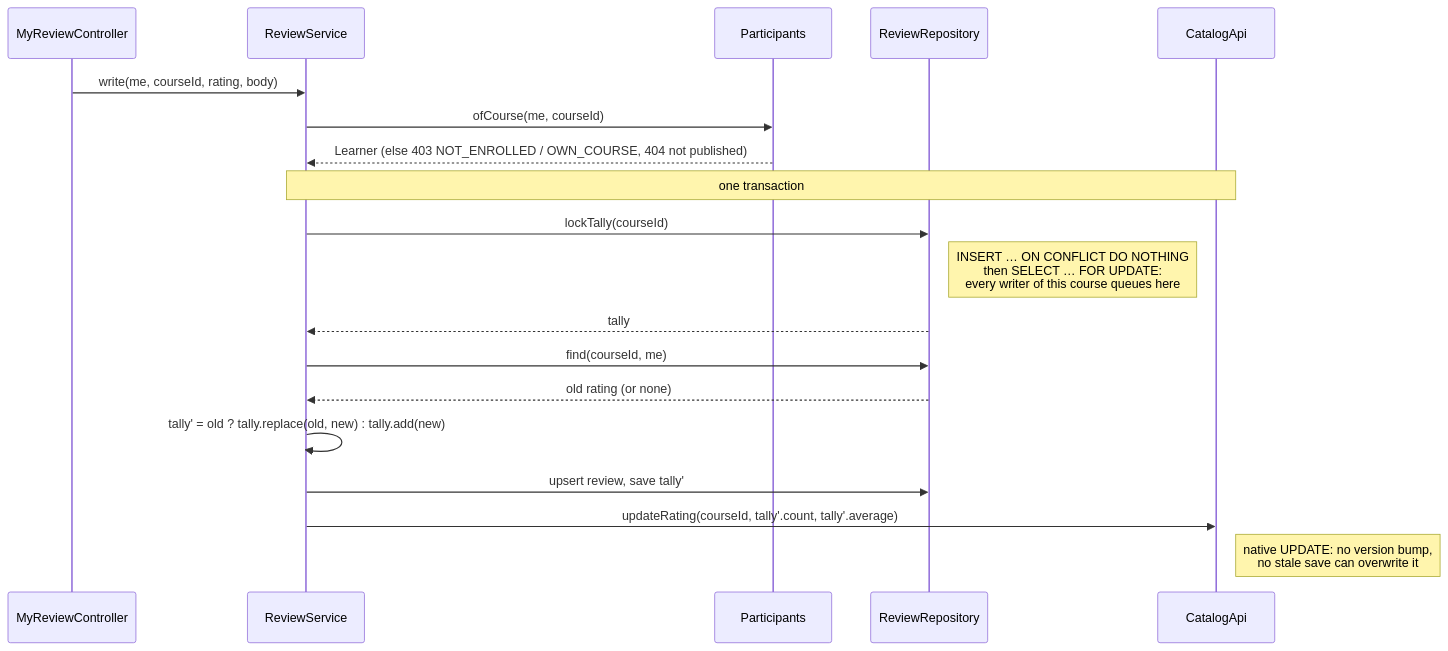
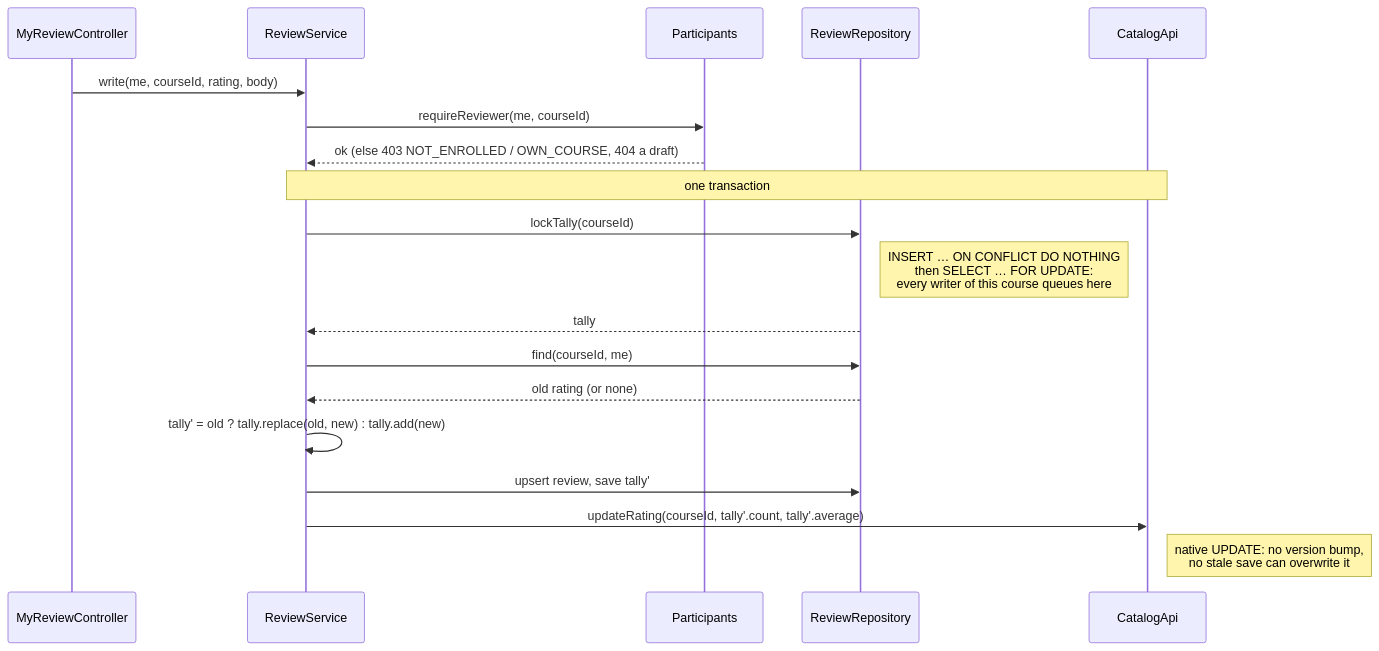
Before and after one commit to b-nimai/Masternova-Spring: the second of 2 diagrams in docs/lld/engagement.md, drawn with Mermaid. The commit also changed other lines of this file and 39 other files, not shown here.

````diff
--- a/docs/lld/engagement.md
+++ b/docs/lld/engagement.md
@@ -108,21 +108,21 @@
 ```mermaid
 sequenceDiagram
   participant C as MyReviewController
   participant S as ReviewService
   participant P as Participants
   participant R as ReviewRepository
   participant K as CatalogApi
   C->>S: write(me, courseId, rating, body)
-  S->>P: ofCourse(me, courseId)
-  P-->>S: Learner (else 403 NOT_ENROLLED / OWN_COURSE, 404 not published)
+  S->>P: requireReviewer(me, courseId)
+  P-->>S: ok (else 403 NOT_ENROLLED / OWN_COURSE, 404 a draft)
   Note over S,K: one transaction
   S->>R: lockTally(courseId)
   Note right of R: INSERT … ON CONFLICT DO NOTHING<br/>then SELECT … FOR UPDATE:<br/>every writer of this course queues here
   R-->>S: tally
   S->>R: find(courseId, me)
   R-->>S: old rating (or none)
   S->>S: tally' = old ? tally.replace(old, new) : tally.add(new)
   S->>R: upsert review, save tally'
   S->>K: updateRating(courseId, tally'.count, tally'.average)
   Note right of K: native UPDATE: no version bump,<br/>no stale save can overwrite it
 ```
````
